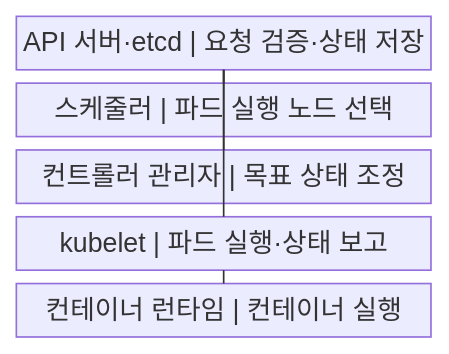
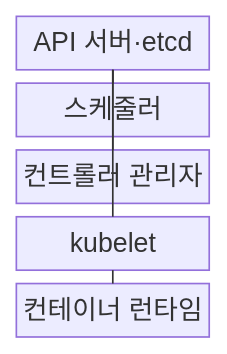
One commit to agnusdei1207/knowledge-base changed the first of 2 diagrams in src/content/docs/notes/03-software/152_kubernetes_architecture.md. Above: the diagram before and after it, drawn with Mermaid. The commit also changed other lines of this file and 238 other files, not shown here.

````diff
--- a/src/content/docs/notes/03-software/152_kubernetes_architecture.md
+++ b/src/content/docs/notes/03-software/152_kubernetes_architecture.md
@@ -57,13 +57,13 @@
 ```mermaid
-block
+block-beta
     columns 1
-    A["API 서버·etcd | 요청 검증·상태 저장"]
-    B["스케줄러 | 파드 실행 노드 선택"]
-    C["컨트롤러 관리자 | 목표 상태 조정"]
-    D["kubelet | 파드 실행·상태 보고"]
-    E["컨테이너 런타임 | 컨테이너 실행"]
+    A["API 서버·etcd"]
+    B["스케줄러"]
+    C["컨트롤러 관리자"]
+    D["kubelet"]
+    E["컨테이너 런타임"]
     A --- B
     A --- C
     A --- D
     D --- E
 ```
````
